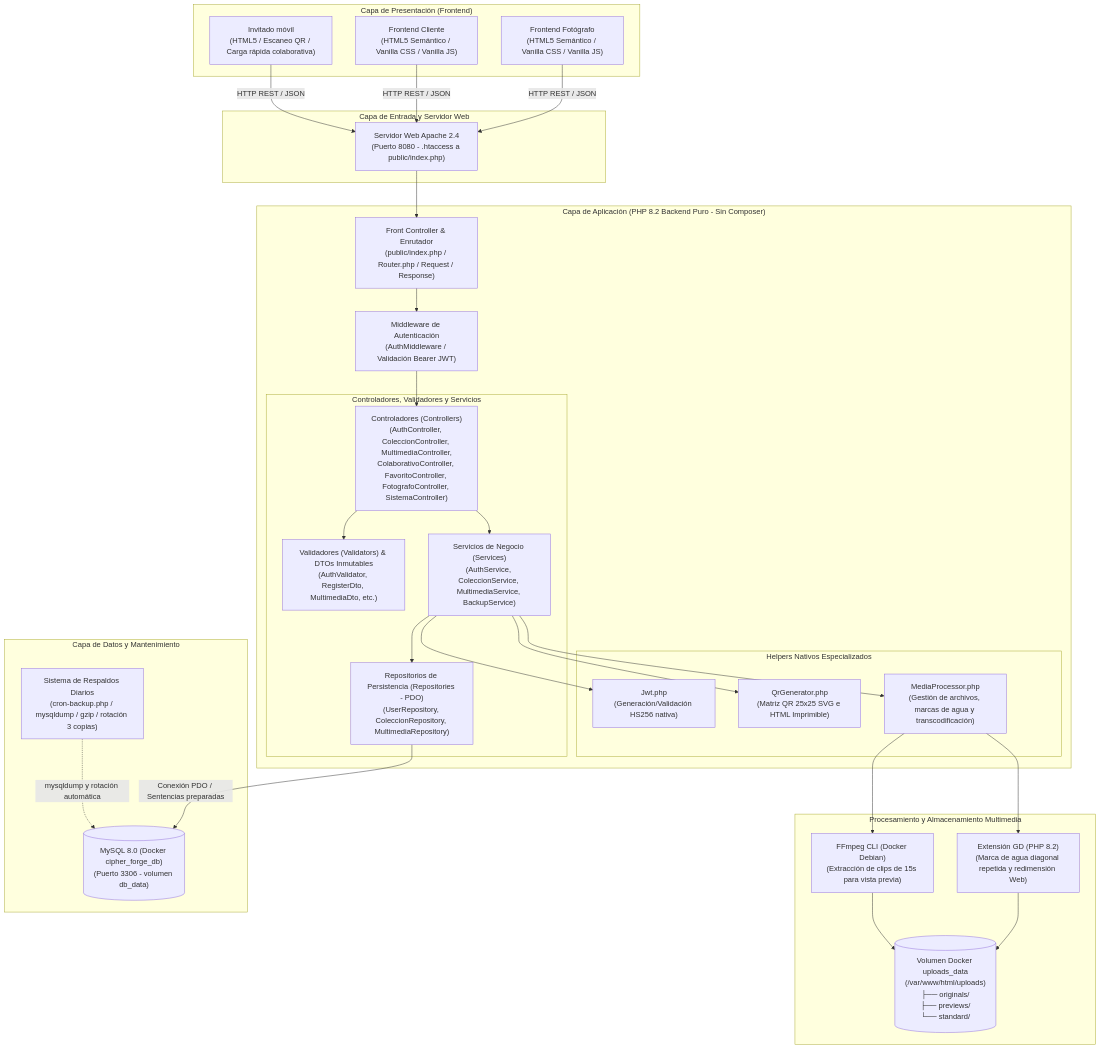
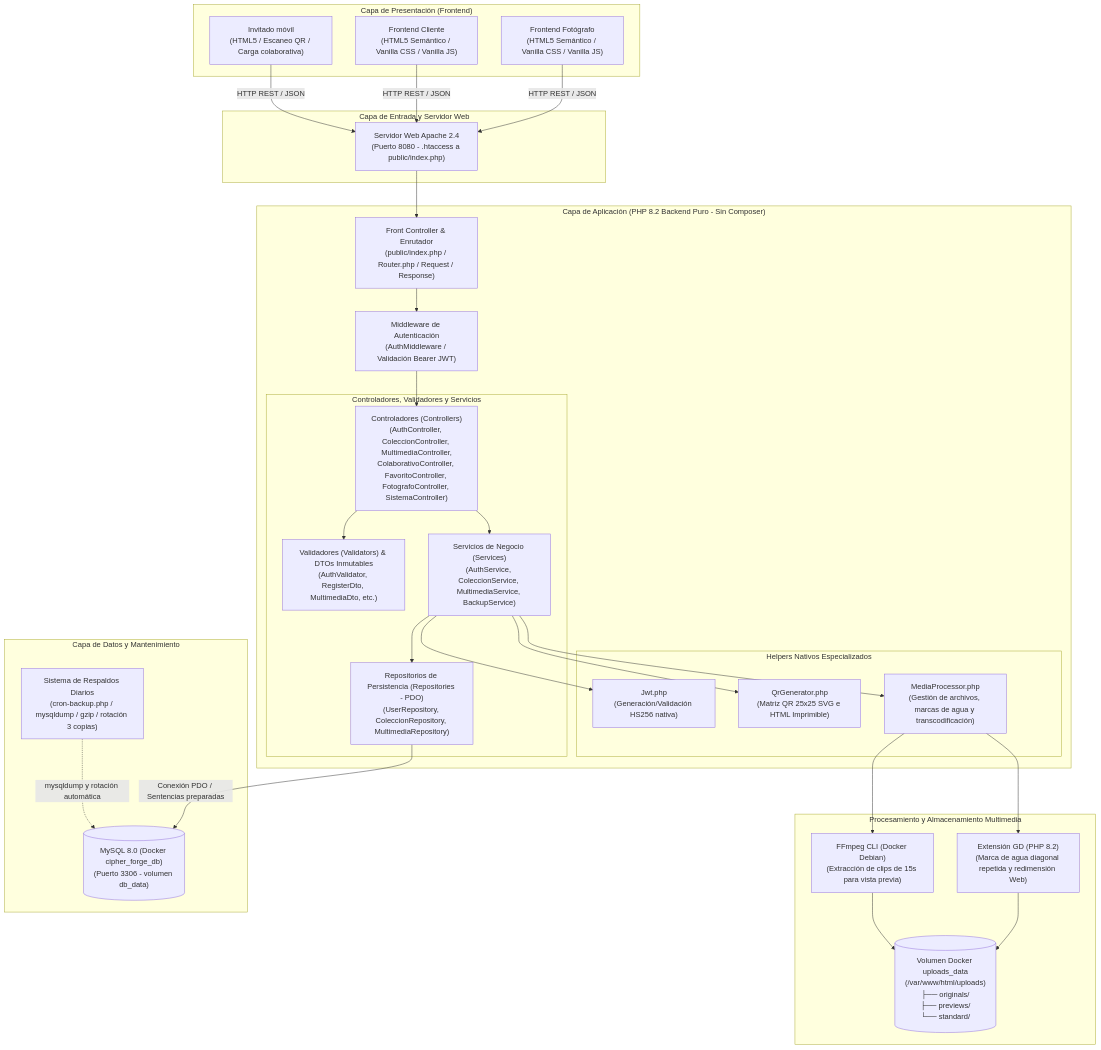
Before and after one commit to NicolasNegretto7/Cipher_Forge: the first of 4 diagrams in Gestion-fotografias/docs/02-modelado.md, drawn with Mermaid.

Commit message:
docs: add architectural documentation and entity-relationship model for Cipher_Forge system

````diff
--- a/Gestion-fotografias/docs/02-modelado.md
+++ b/Gestion-fotografias/docs/02-modelado.md
@@ -11,64 +11,64 @@
 ```mermaid
 graph TD
     subgraph Clientes ["Capa de Presentación (Frontend)"]
         FC["Frontend Fotógrafo\n(HTML5 Semántico / Vanilla CSS / Vanilla JS)"]
         FU["Frontend Cliente\n(HTML5 Semántico / Vanilla CSS / Vanilla JS)"]
-        INV["Invitado móvil\n(HTML5 / Escaneo QR / Carga rápida colaborativa)"]
+        INV["Invitado móvil\n(HTML5 / Escaneo QR / Carga colaborativa)"]
     end
 
     subgraph Red ["Capa de Entrada y Servidor Web"]
         APACHE["Servidor Web Apache 2.4\n(Puerto 8080 - .htaccess a public/index.php)"]
     end
 
     subgraph Backend ["Capa de Aplicación (PHP 8.2 Backend Puro - Sin Composer)"]
         ROUTER["Front Controller & Enrutador\n(public/index.php / Router.php / Request / Response)"]
         AUTH_MID["Middleware de Autenticación\n(AuthMiddleware / Validación Bearer JWT)"]
         
         subgraph Modulos ["Controladores, Validadores y Servicios"]
             CTRL["Controladores (Controllers)\n(AuthController, ColeccionController, MultimediaController,\nColaborativoController, FavoritoController, FotografoController, SistemaController)"]
             VAL["Validadores (Validators) & DTOs Inmutables\n(AuthValidator, RegisterDto, MultimediaDto, etc.)"]
             SERV["Servicios de Negocio (Services)\n(AuthService, ColeccionService, MultimediaService, BackupService)"]
             REPO["Repositorios de Persistencia (Repositories - PDO)\n(UserRepository, ColeccionRepository, MultimediaRepository)"]
         end
 
         subgraph HelpersNativos ["Helpers Nativos Especializados"]
             JWT_HELP["Jwt.php\n(Generación/Validación HS256 nativa)"]
             QR_HELP["QrGenerator.php\n(Matriz QR 25x25 SVG e HTML Imprimible)"]
             MEDIA_PROC["MediaProcessor.php\n(Gestión de archivos, marcas de agua y transcodificación)"]
         end
     end
 
     subgraph Multimedia ["Procesamiento y Almacenamiento Multimedia"]
         GD["Extensión GD (PHP 8.2)\n(Marca de agua diagonal repetida y redimensión Web)"]
         FFMPEG["FFmpeg CLI (Docker Debian)\n(Extracción de clips de 15s para vista previa)"]
         FS[("Volumen Docker uploads_data\n(/var/www/html/uploads)\n├── originals/\n├── previews/\n└── standard/")]
     end
 
     subgraph Persistencia ["Capa de Datos y Mantenimiento"]
         MYSQL[("MySQL 8.0 (Docker cipher_forge_db)\n(Puerto 3306 - volumen db_data)")]
         BACKUP["Sistema de Respaldos Diarios\n(cron-backup.php / mysqldump / gzip / rotación 3 copias)"]
     end
 
     FC -->|HTTP REST / JSON| APACHE
     FU -->|HTTP REST / JSON| APACHE
     INV -->|HTTP REST / JSON| APACHE
     
     APACHE --> ROUTER
     ROUTER --> AUTH_MID
     AUTH_MID --> CTRL
     CTRL --> VAL
     CTRL --> SERV
     SERV --> REPO
     
     SERV --> JWT_HELP
     SERV --> QR_HELP
     SERV --> MEDIA_PROC
     
     MEDIA_PROC --> GD
     MEDIA_PROC --> FFMPEG
     
     GD --> FS
     FFMPEG --> FS
     REPO -->|Conexión PDO / Sentencias preparadas| MYSQL
     BACKUP -.->|mysqldump y rotación automática| MYSQL
 ```
````
